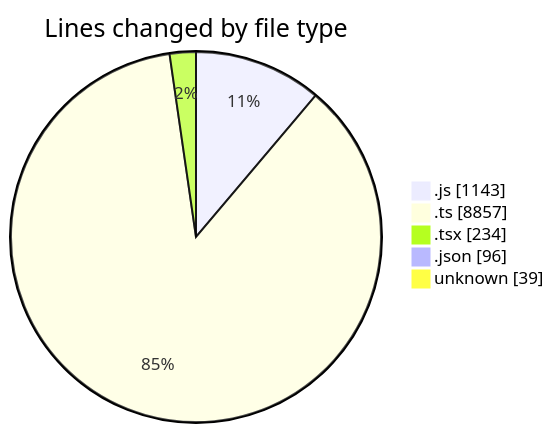
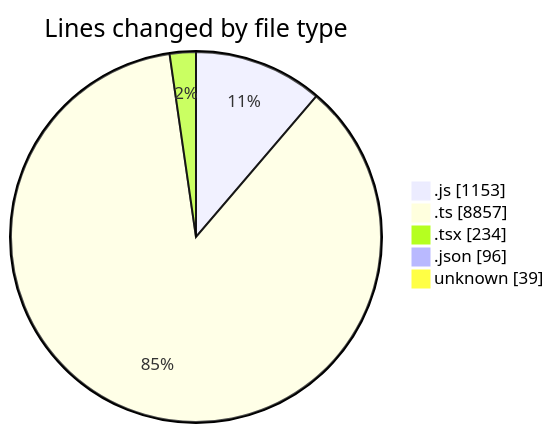
Before and after one commit to momahboobian/code-tracking: the first of 2 diagrams in 2025-05-14/cda/README.md, drawn with Mermaid. The commit also changed other lines of this file and 1 other file, not shown here.

````diff
--- a/2025-05-14/cda/README.md
+++ b/2025-05-14/cda/README.md
@@ -30,9 +30,9 @@
 ```mermaid
 pie showData
 title Lines changed by file type
-".js" : 1143
+".js" : 1153
 ".ts" : 8857
 ".tsx" : 234
 ".json" : 96
 "unknown" : 39
 ```
````
